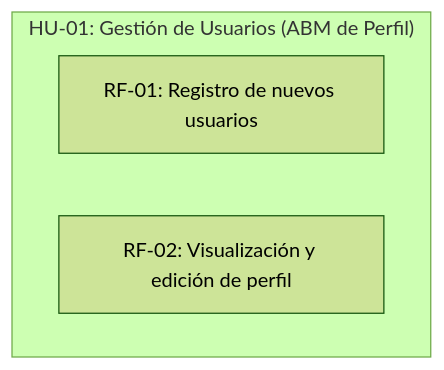
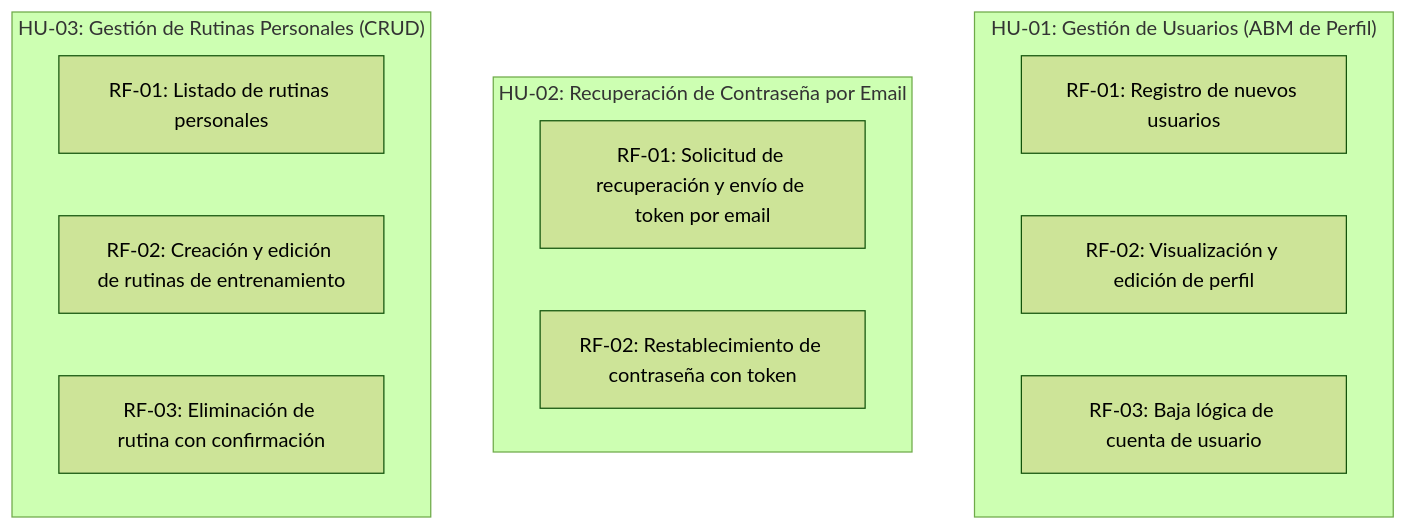
The diagram in scrumDocs/grafo.md (Agustin-PerezR/FitArg), drawn with Mermaid (forest theme) before and after one commit. The commit also changed other lines of this file, not shown here.

Commit message:
Auto-publish: actualiza scrumDocs/grafo.md

````diff
--- a/scrumDocs/grafo.md
+++ b/scrumDocs/grafo.md
@@ -5,7 +5,17 @@
 ```mermaid
 graph TD
   subgraph US_1788961186890["HU-01: Gestión de Usuarios (ABM de Perfil)"]
     REQ_1788962591125["RF-01: Registro de nuevos usuarios"]
     REQ_1788962599160["RF-02: Visualización y edición de perfil"]
+    REQ_1788962657708["RF-03: Baja lógica de cuenta de usuario"]
+  end
+  subgraph US_1788961195716["HU-02: Recuperación de Contraseña por Email"]
+    REQ_1788962657905["RF-01: Solicitud de recuperación y envío de token por email"]
+    REQ_1788962658008["RF-02: Restablecimiento de contraseña con token"]
+  end
+  subgraph US_1788961200799["HU-03: Gestión de Rutinas Personales (CRUD)"]
+    REQ_1788962658133["RF-01: Listado de rutinas personales"]
+    REQ_1788962658244["RF-02: Creación y edición de rutinas de entrenamiento"]
+    REQ_1788962658342["RF-03: Eliminación de rutina con confirmación"]
   end
 ```
````
